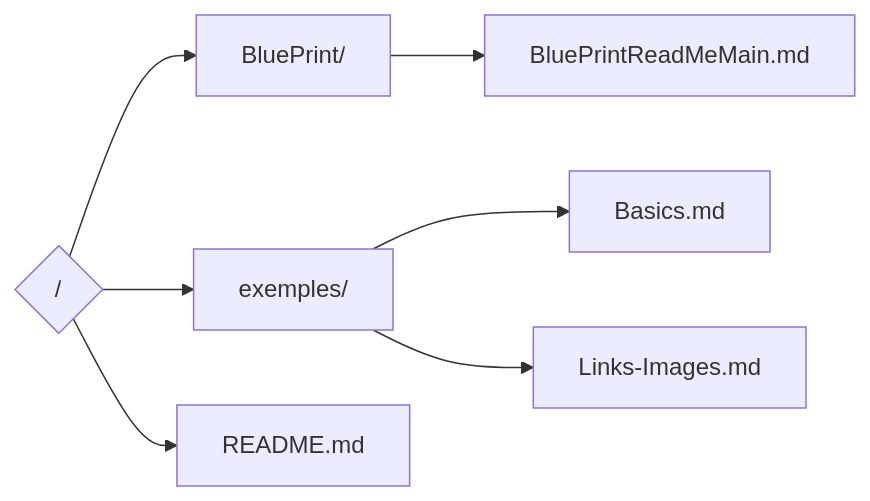
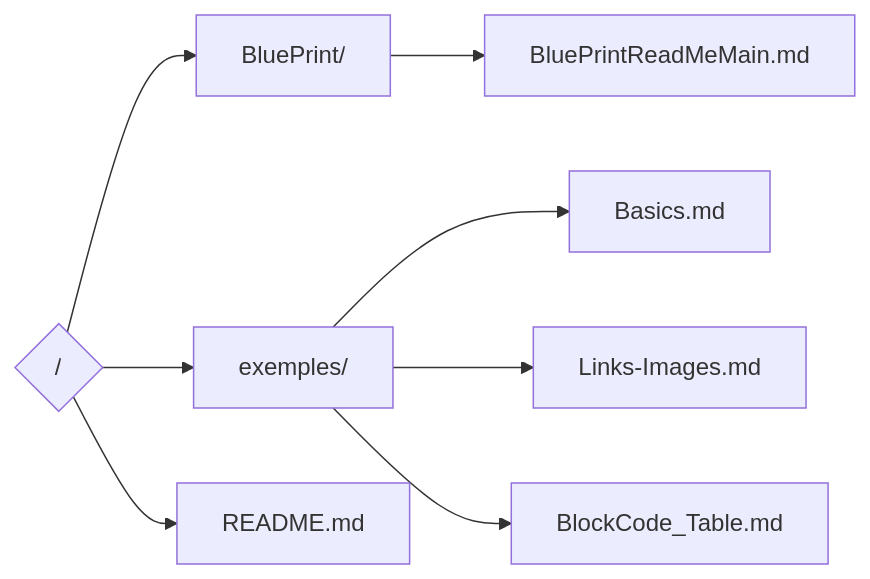
One commit to Lzozoflo/Markdown changed the first of 2 diagrams in README.md. Above: the diagram before and after it, drawn with Mermaid. The commit also changed 3 other files, not shown here.

````diff
--- a/README.md
+++ b/README.md
@@ -44,22 +44,24 @@
 ```mermaid
 graph LR
     root{"/"}
 
     root --> BluePrint["BluePrint/"]
         BluePrint -->BluePrintReadMeMain["BluePrintReadMeMain.md"]
 
     root --> exemples["exemples/"]
         exemples --> basics["Basics.md"]
         exemples --> links["Links-Images.md"]
+        exemples --> blockcodetable["BlockCode_Table.md"]
 
     root --> readme["README.md"]
 
     click BluePrint "https://github.com/Lzozoflo/Markdown/tree/main/Blueprint" "Open BluePrint"
     click BluePrintReadMeMain "https://github.com/Lzozoflo/Markdown/blob/main/Blueprint/BluePrintReadMeMain.md" "Open BluePrintReadMeMain"
 
     click exemples "https://github.com/Lzozoflo/Markdown/blob/main/exemples" "Open exemples"
     click basics "https://github.com/Lzozoflo/Markdown/blob/main/exemples/Basics.md" "Open Basics"
-    click links "https://github.com/Lzozoflo/Markdown/blob/main/exemples/Links-Images.md" "Open links-images"
+    click links "https://github.com/Lzozoflo/Markdown/blob/main/exemples/Links-Images.md" "Open Links-Images"
+    click blockcodetable "https://github.com/Lzozoflo/Markdown/blob/main/exemples/BlockCode_Table.md" "Open BlockCode_Table"
    
     click readme "https://github.com/Lzozoflo/Markdown/blob/main/README.md" "Open README"
 ```
````
